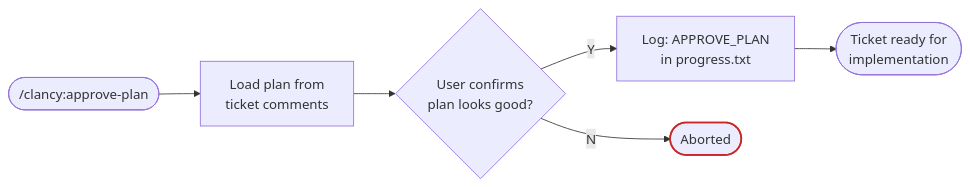
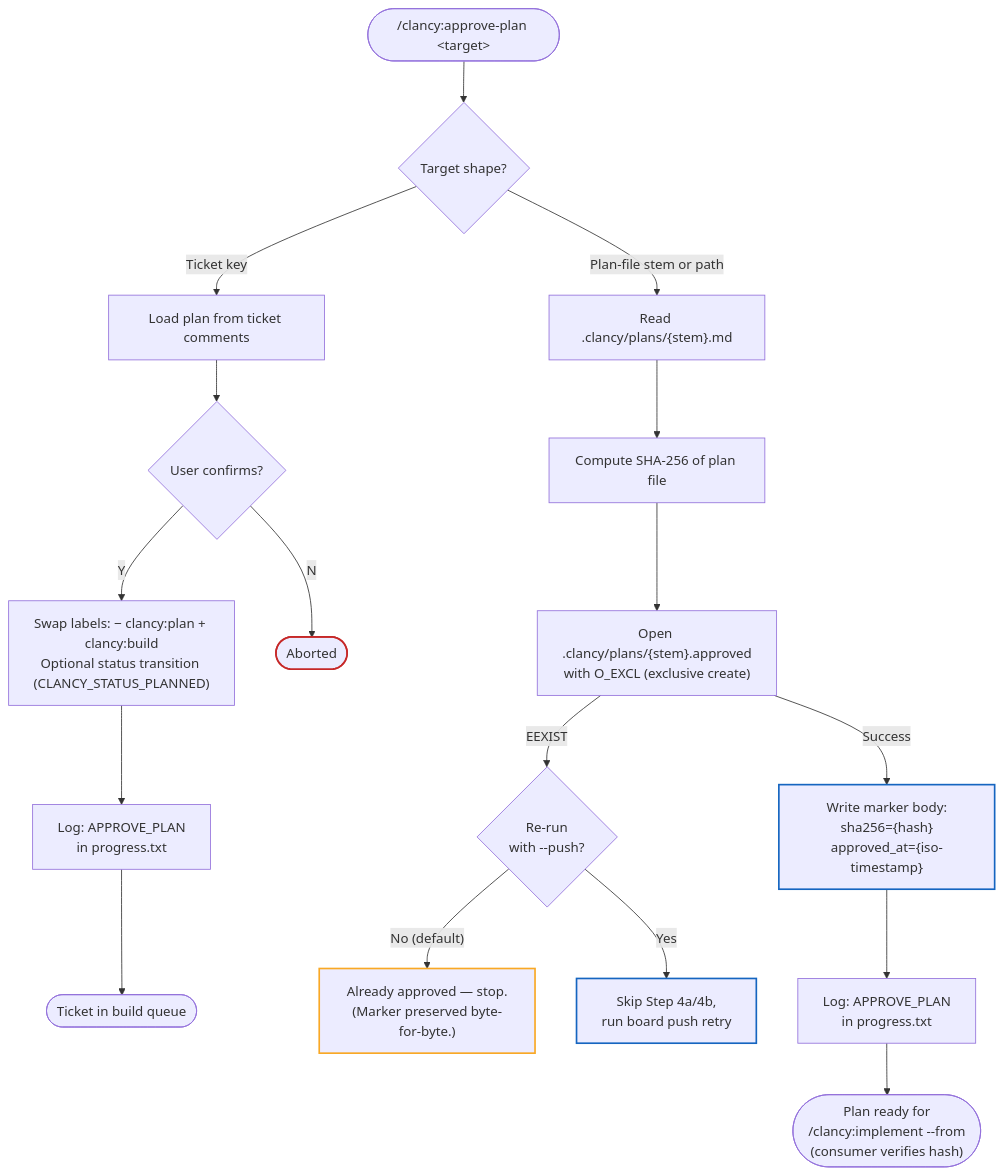
Before and after one commit to Pushedskydiver/chief-clancy: diagram 11 of 14 in docs/VISUAL-ARCHITECTURE.md, drawn with Mermaid. The commit also changed other lines of this file and 4 other files, not shown here.

First line of the commit message:
📝 docs: VISUAL-ARCHITECTURE + DA-driven fixes

````diff
--- a/docs/VISUAL-ARCHITECTURE.md
+++ b/docs/VISUAL-ARCHITECTURE.md
@@ -590,10 +646,27 @@
 ```mermaid
-flowchart LR
-    Approve(["/clancy:approve-plan"]) --> Load["Load plan from\nticket comments"]
-    Load --> Confirm{"User confirms\nplan looks good?"}
-    Confirm -->|"Y"| LogApprove["Log: APPROVE_PLAN\nin progress.txt"]
-    Confirm -->|"N"| Stop(["Aborted"])
-    LogApprove --> Ready(["Ticket ready for\nimplementation"])
+flowchart TD
+    Approve(["/clancy:approve-plan &lt;target&gt;"]) --> Resolve{"Target shape?"}
 
-    style Stop stroke:#c62828,stroke-width:2px
+    Resolve -->|Ticket key| BoardPath["Load plan from ticket comments"]
+    Resolve -->|Plan-file stem or path| LocalPath["Read .clancy/plans/{stem}.md"]
+
+    BoardPath --> ConfirmB{"User confirms?"}
+    ConfirmB -->|"Y"| TransitionB["Swap labels: − clancy:plan + clancy:build\nOptional status transition (CLANCY_STATUS_PLANNED)"]
+    ConfirmB -->|"N"| StopB(["Aborted"])
+    TransitionB --> LogB["Log: APPROVE_PLAN\nin progress.txt"]
+    LogB --> ReadyB(["Ticket in build queue"])
+
+    LocalPath --> HashFile["Compute SHA-256 of plan file"]
+    HashFile --> OpenExcl["Open .clancy/plans/{stem}.approved\nwith O_EXCL (exclusive create)"]
+    OpenExcl -->|"Success"| WriteMarker["Write marker body:\nsha256={hash}\napproved_at={iso-timestamp}"]
+    OpenExcl -->|"EEXIST"| Existing{"Re-run\nwith --push?"}
+    Existing -->|"No (default)"| AlreadyApproved["Already approved — stop.\n(Marker preserved byte-for-byte.)"]
+    Existing -->|"Yes"| PushFallthrough["Skip Step 4a/4b,\nrun board push retry"]
+    WriteMarker --> LogL["Log: APPROVE_PLAN\nin progress.txt"]
+    LogL --> ReadyL(["Plan ready for\n/clancy:implement --from\n(consumer verifies hash)"])
+
+    style StopB stroke:#c62828,stroke-width:2px
+    style AlreadyApproved stroke:#f9a825,stroke-width:2px
+    style PushFallthrough stroke:#1565c0,stroke-width:2px
+    style WriteMarker stroke:#1565c0,stroke-width:2px
 ```
````
